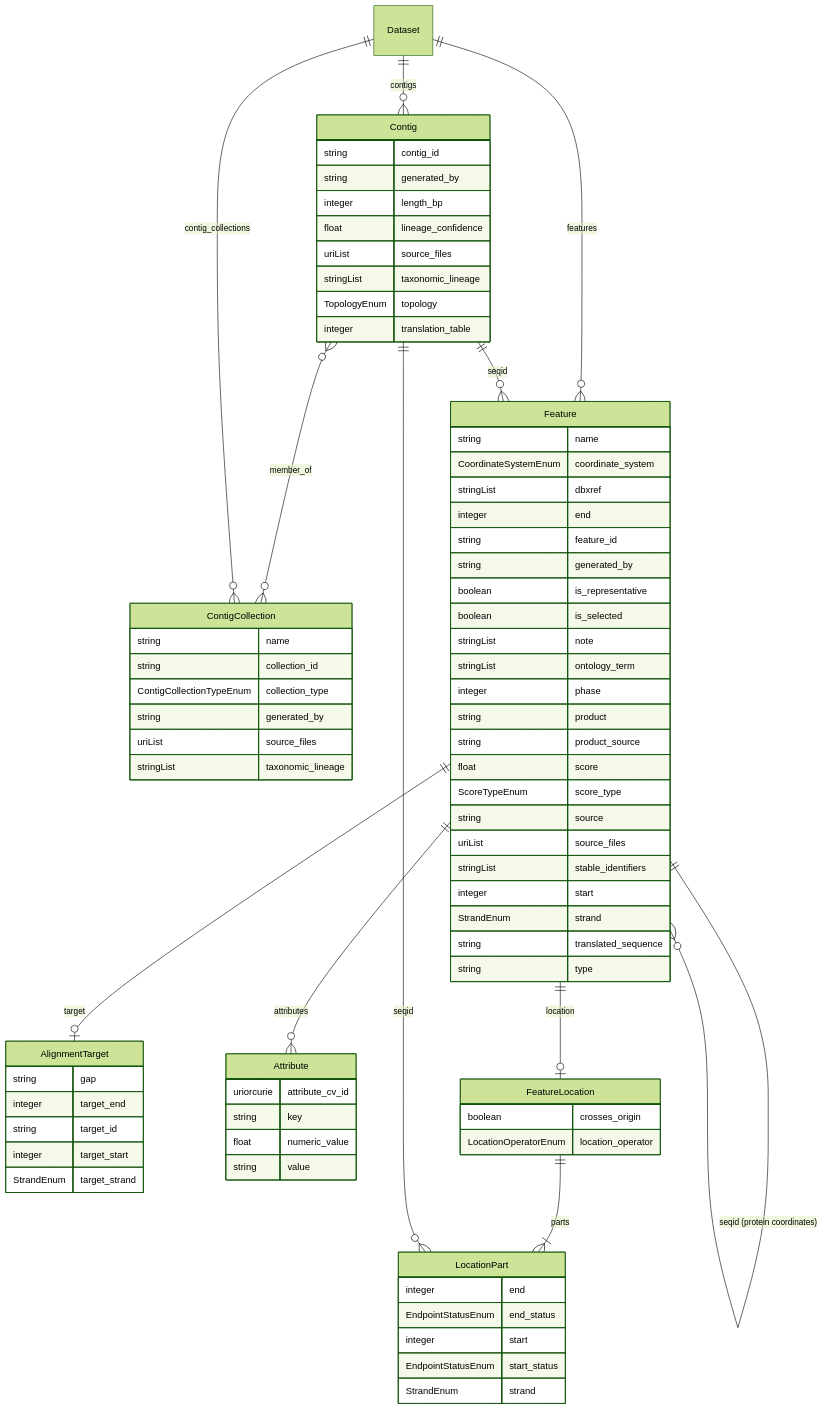
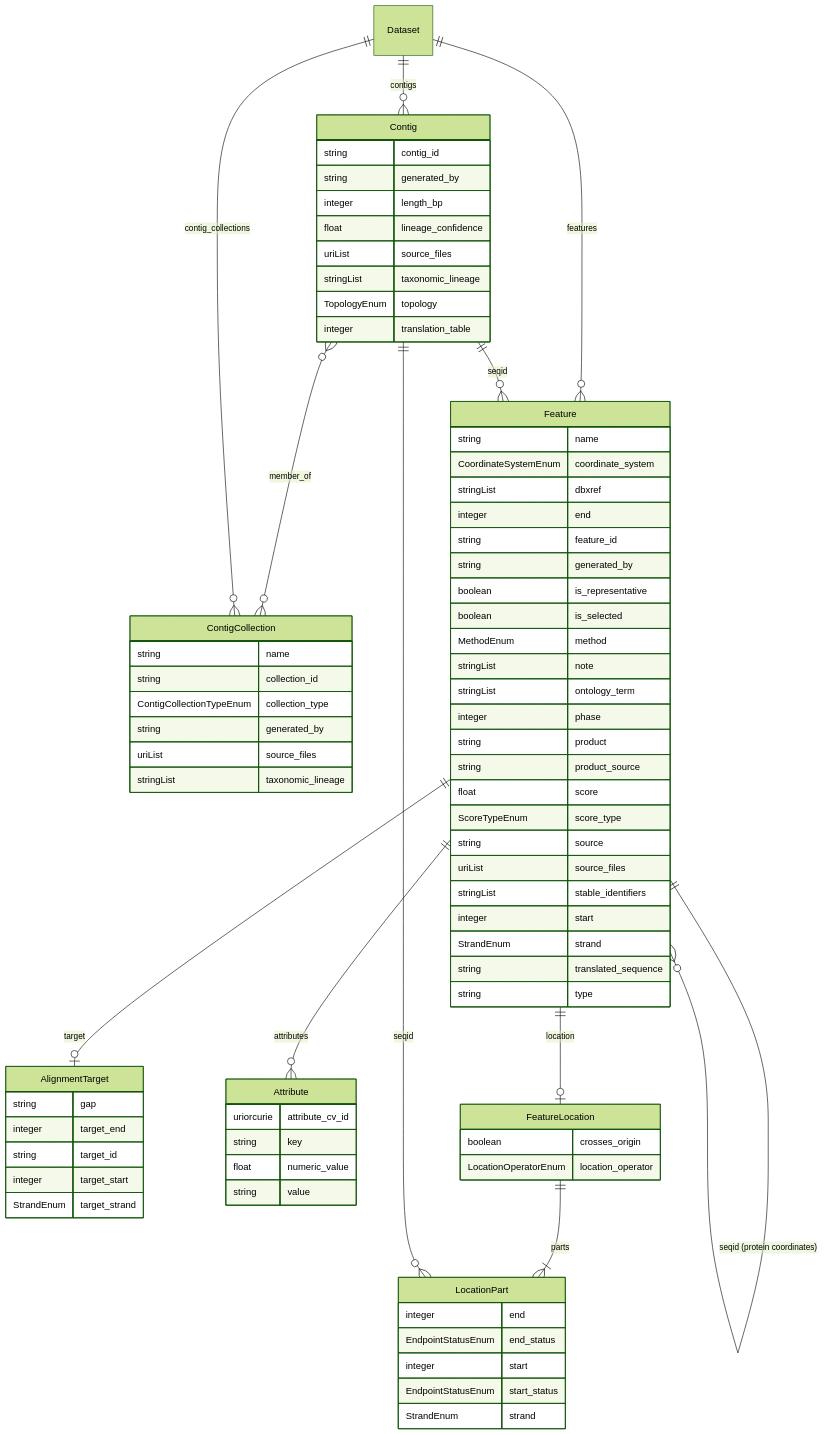
Before and after one commit to turbomam/feature-table-corpus: the diagram in docs/schema-diagram.md, drawn with Mermaid (forest theme). The commit also changed 5 other files, not shown here.

```diff
--- a/docs/schema-diagram.md
+++ b/docs/schema-diagram.md
@@ -51,6 +51,7 @@
     string generated_by
     boolean is_representative
     boolean is_selected
+    MethodEnum method
     stringList note
     stringList ontology_term
     integer phase
```
